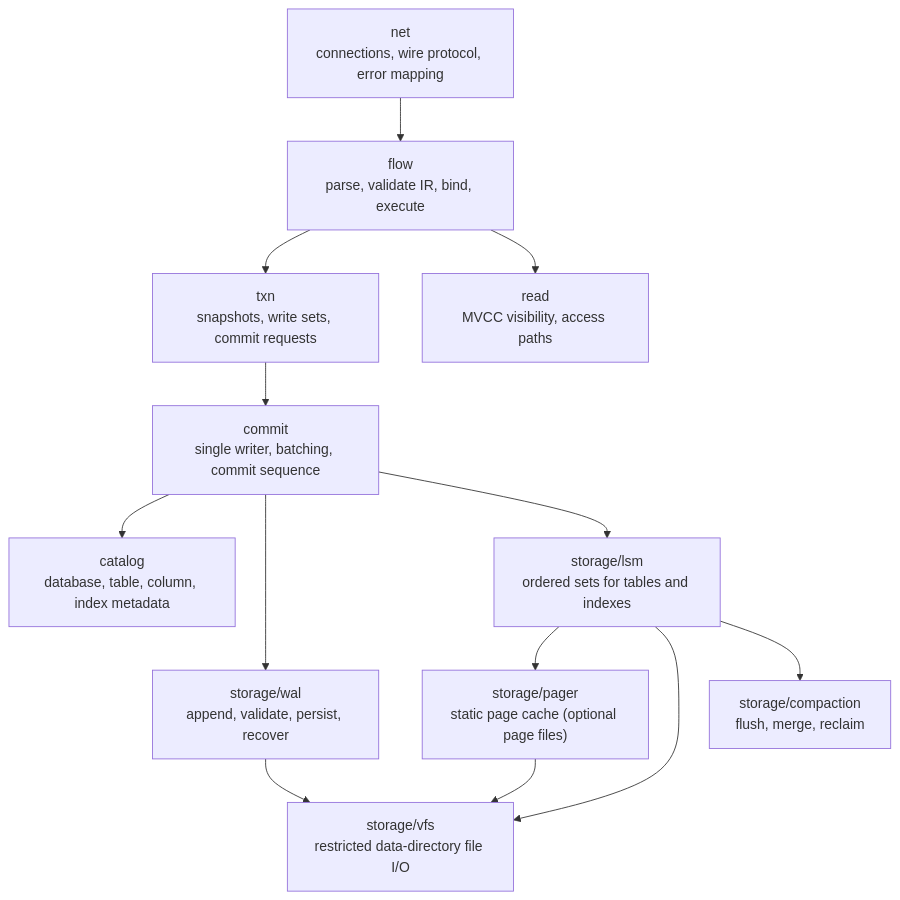
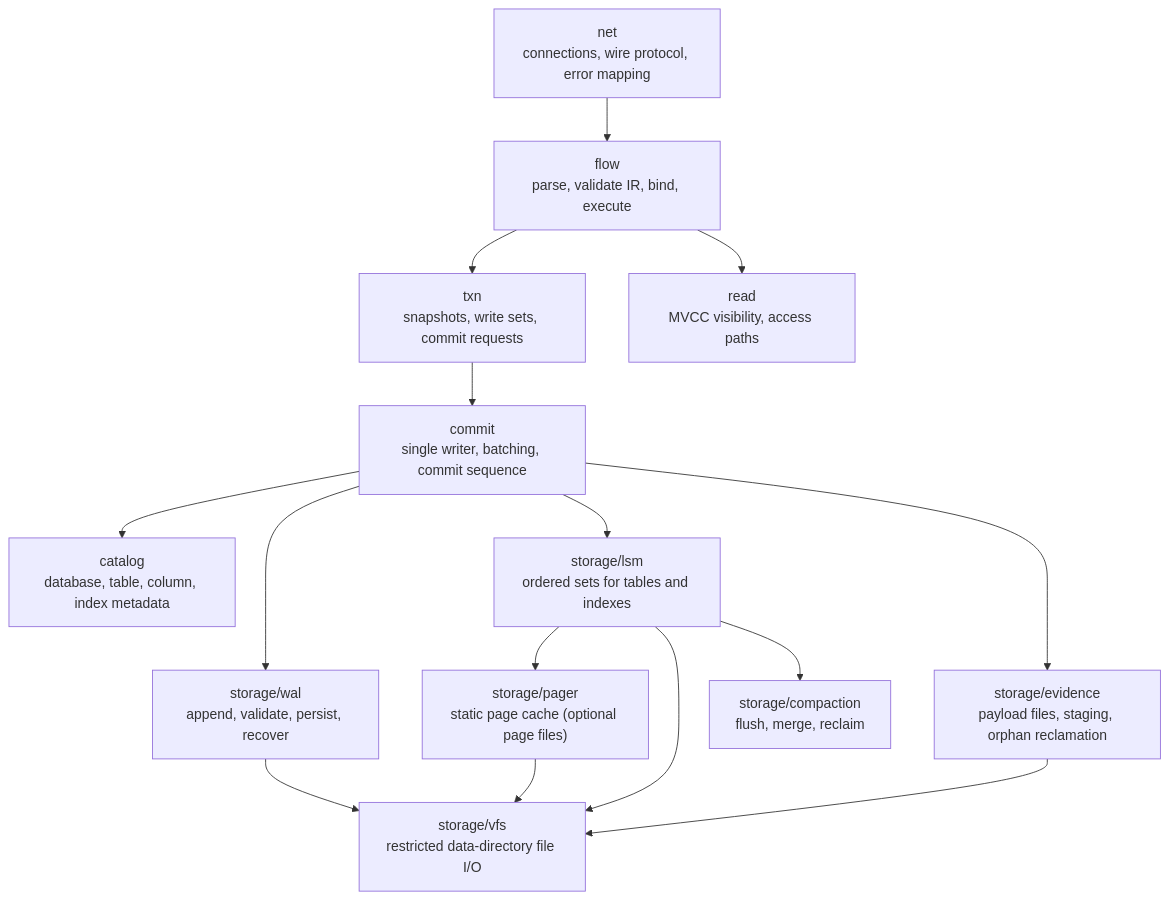
One commit to viloris-org/Pico changed the second of 3 diagrams in docs/ARCHITECTURE.md. Above: the diagram before and after it, drawn with Mermaid. The commit also changed other lines of this file and 1 other file, not shown here.

First line of the commit message:
feat(architecture): add immutable Observation Evidence payload storage and MCP stdio adapter

````diff
--- a/docs/ARCHITECTURE.md
+++ b/docs/ARCHITECTURE.md
@@ -59,15 +63,17 @@
 ```mermaid
 flowchart TB
   net["net\nconnections, wire protocol, error mapping"] --> flow["flow\nparse, validate IR, bind, execute"]
   flow --> txn["txn\nsnapshots, write sets, commit requests"]
   txn --> writer["commit\nsingle writer, batching, commit sequence"]
   flow --> read["read\nMVCC visibility, access paths"]
   writer --> catalog["catalog\ndatabase, table, column, index metadata"]
   writer --> wal["storage/wal\nappend, validate, persist, recover"]
   writer --> lsm["storage/lsm\nordered sets for tables and indexes"]
+  writer --> evidence["storage/evidence\npayload files, staging, orphan reclamation"]
   lsm --> pager["storage/pager\nstatic page cache (optional page files)"]
   lsm --> vfs["storage/vfs\nrestricted data-directory file I/O"]
   wal --> vfs
+  evidence --> vfs
   pager --> vfs
   lsm --> compaction["storage/compaction\nflush, merge, reclaim"]
 ```
````
